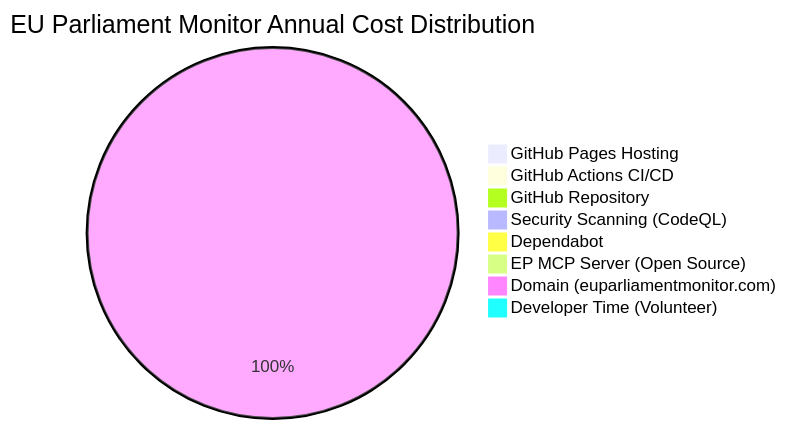
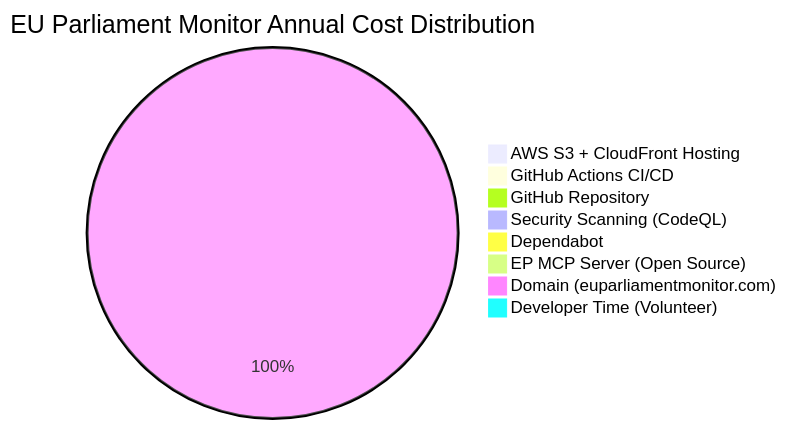
Before and after one commit to Hack23/euparliamentmonitor: the first of 4 diagrams in FinancialSecurityPlan.md, drawn with Mermaid. The commit also changed other lines of this file and 2 other files, not shown here.

First line of the commit message:
Apply review feedback round 2: AWS S3+CloudFront as primary hosting, fix npm cache description, mark SonarCloud as planned, fix Mermaid mindmap root syntax

````diff
--- a/FinancialSecurityPlan.md
+++ b/FinancialSecurityPlan.md
@@ -67,11 +67,11 @@
 ```mermaid
 pie title EU Parliament Monitor Annual Cost Distribution
-    "GitHub Pages Hosting" : 0
+    "AWS S3 + CloudFront Hosting" : 0
     "GitHub Actions CI/CD" : 0
     "GitHub Repository" : 0
     "Security Scanning (CodeQL)" : 0
     "Dependabot" : 0
     "EP MCP Server (Open Source)" : 0
     "Domain (euparliamentmonitor.com)" : 12
     "Developer Time (Volunteer)" : 0
 ```
````
